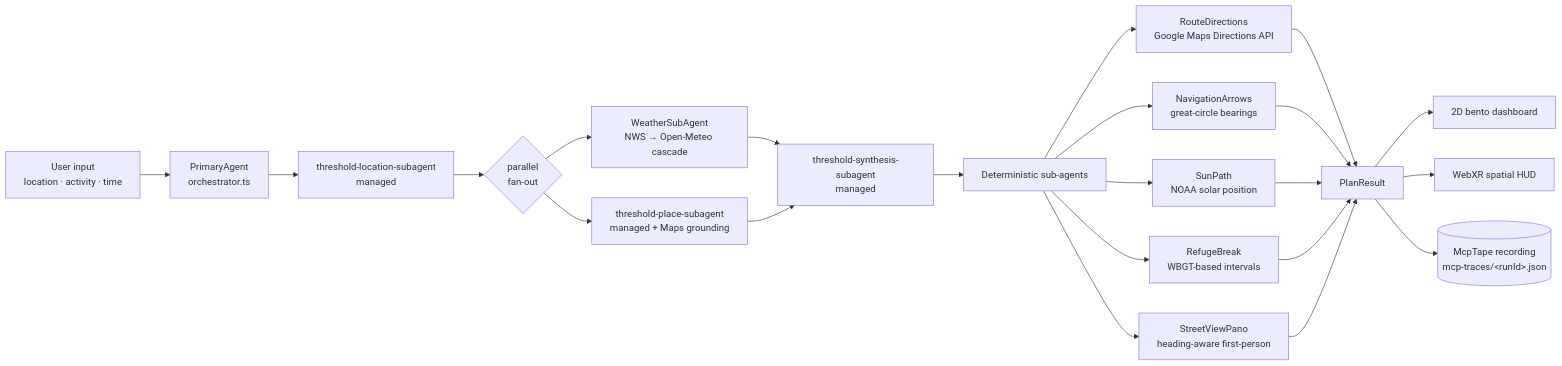
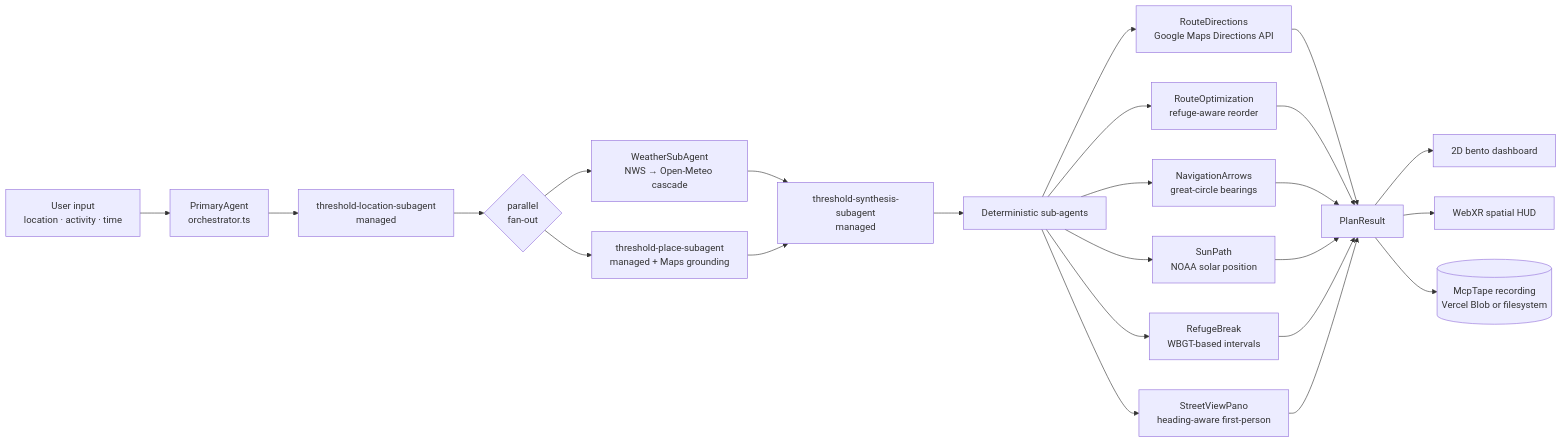
One commit to HeatThreshold/HeatThreshold changed the diagram in README.md. Above: the diagram before and after it, drawn with Mermaid. The commit also changed other lines of this file and 1 other file, not shown here.

````diff
--- a/README.md
+++ b/README.md
@@ -39,24 +39,26 @@
 ```mermaid
 flowchart LR
     User[User input<br/>location · activity · time] --> Primary[PrimaryAgent<br/>orchestrator.ts]
     Primary --> L[threshold-location-subagent<br/>managed]
     L --> Fan{parallel<br/>fan-out}
     Fan --> W[WeatherSubAgent<br/>NWS → Open-Meteo cascade]
     Fan --> P[threshold-place-subagent<br/>managed + Maps grounding]
     W --> S[threshold-synthesis-subagent<br/>managed]
     P --> S
     S --> Det[Deterministic sub-agents]
     Det --> R[RouteDirections<br/>Google Maps Directions API]
+    Det --> O[RouteOptimization<br/>refuge-aware reorder]
     Det --> N[NavigationArrows<br/>great-circle bearings]
     Det --> Sun[SunPath<br/>NOAA solar position]
     Det --> B[RefugeBreak<br/>WBGT-based intervals]
     Det --> SV[StreetViewPano<br/>heading-aware first-person]
     R --> Plan[PlanResult]
+    O --> Plan
     N --> Plan
     Sun --> Plan
     B --> Plan
     SV --> Plan
     Plan --> Dash[2D bento dashboard]
     Plan --> XR[WebXR spatial HUD]
-    Plan --> Tape[(McpTape recording<br/>mcp-traces/&lt;runId&gt;.json)]
+    Plan --> Tape[(McpTape recording<br/>Vercel Blob or filesystem)]
 ```
````
